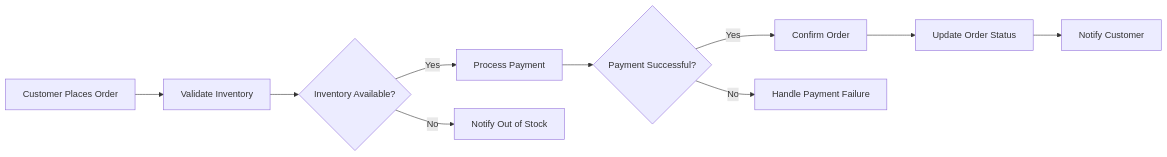
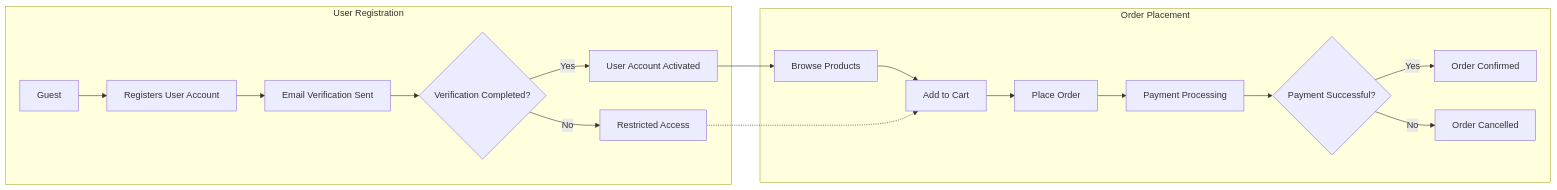
Before and after one commit to wrtnlabs/autobe-examples: the diagram in openai/gpt-4.1-mini/shopping/docs/analysis/00-toc.md, drawn with Mermaid. The commit also changed other lines of this file and 1553 other files, not shown here.

````diff
--- a/openai/gpt-4.1-mini/shopping/docs/analysis/00-toc.md
+++ b/openai/gpt-4.1-mini/shopping/docs/analysis/00-toc.md
@@ -149,12 +88,22 @@
 ```mermaid
 graph LR
-  A["Customer Places Order"] --> B["Validate Inventory"]
-  B --> C{"Inventory Available?"}
-  C -->|"Yes"| D["Process Payment"]
-  C -->|"No"| E["Notify Out of Stock"]
-  D --> F{"Payment Successful?"}
-  F -->|"Yes"| G["Confirm Order"]
-  F -->|"No"| H["Handle Payment Failure"]
-  G --> I["Update Order Status"]
-  I --> J["Notify Customer"]
+  subgraph "User Registration"
+    A["Guest"] --> B["Registers User Account"]
+    B --> C["Email Verification Sent"]
+    C --> D{"Verification Completed?"}
+    D -->|"Yes"| E["User Account Activated"]
+    D -->|"No"| F["Restricted Access"]
+  end
+
+  subgraph "Order Placement"
+    E --> G["Browse Products"]
+    G --> H["Add to Cart"]
+    H --> I["Place Order"]
+    I --> J["Payment Processing"]
+    J --> K{"Payment Successful?"}
+    K -->|"Yes"| L["Order Confirmed"]
+    K -->|"No"| M["Order Cancelled"]
+  end
+
+  F -.-> H
 ```
````
